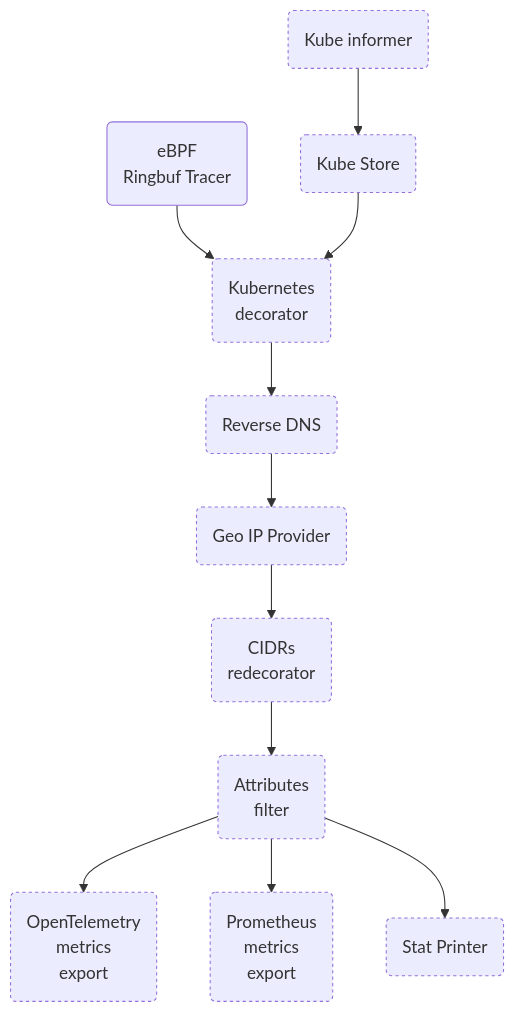
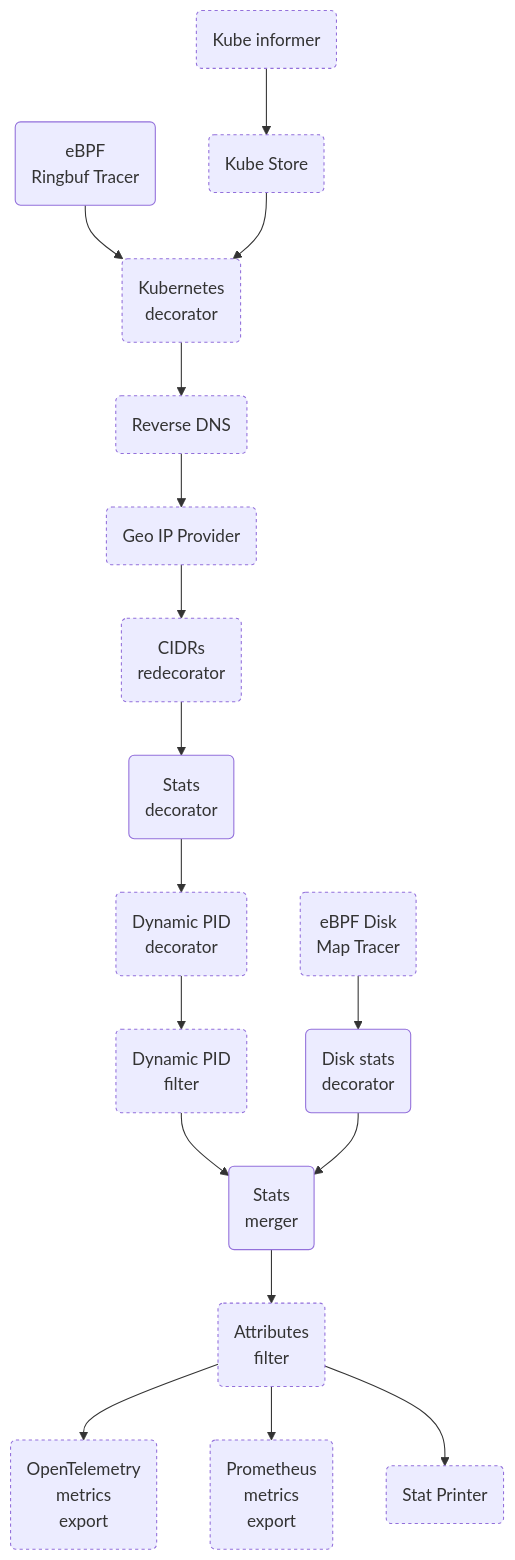
One commit to TheDwingMAN/opentelemetry-ebpf-instrumentation changed the third of 3 diagrams in devdocs/pipeline-map.md. Above: the diagram before and after it, drawn with Mermaid. The commit also changed 2 other files, not shown here.

Commit message:
docs: document the disk operation duration metric
Describe what obi.stat.disk.operation.duration measures and how it
counts the requests, its limitations, its error types, its cost, the
kernel buckets, and the branch of the stats pipeline that reads the
kernel map. The support matrix lists the metric.

````diff
--- a/devdocs/pipeline-map.md
+++ b/devdocs/pipeline-map.md
@@ -103,14 +103,20 @@
 ```mermaid
 flowchart TD
     classDef optional stroke-dasharray: 3 3;
     RT(eBPF<br/>Ringbuf Tracer) --> K8S
     KIN(Kube informer):::optional --> KSTORE
     KSTORE(Kube Store):::optional --> K8S
     K8S(Kubernetes<br/>decorator):::optional --> RDNS
     RDNS(Reverse DNS):::optional --> GeoIP
     GeoIP(Geo IP Provider):::optional --> CIDRS
-    CIDRS(CIDRs<br/>redecorator):::optional --> FLTR
+    CIDRS(CIDRs<br/>redecorator):::optional --> DEC
+    DEC(Stats<br/>decorator) --> DPD
+    DPD(Dynamic PID<br/>decorator):::optional --> DPF
+    DPF(Dynamic PID<br/>filter):::optional --> MRG
+    DMT(eBPF Disk<br/>Map Tracer):::optional --> DDEC
+    DDEC(Disk stats<br/>decorator) --> MRG
+    MRG(Stats<br/>merger) --> FLTR
     FLTR(Attributes<br/>filter):::optional --> OTEL(OpenTelemetry<br/>metrics<br/>export):::optional
     FLTR --> PROM(Prometheus<br/>metrics<br/>export):::optional
     FLTR --> StatPrinter(Stat Printer):::optional
 ```
````
